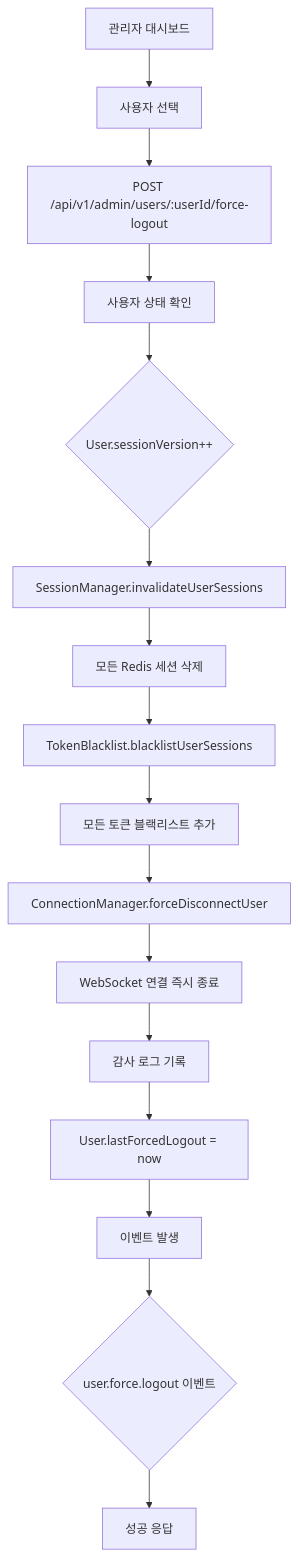
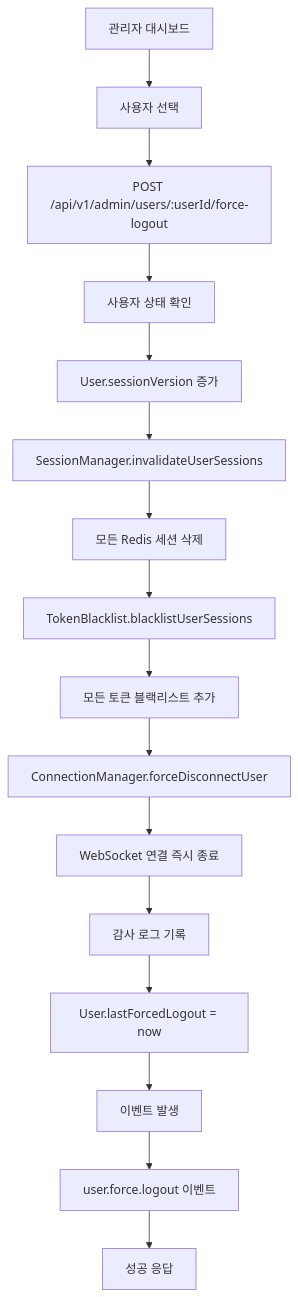
Diagram 17 of 34 in .md/flow.md (maximizest/connecto-nest), drawn with Mermaid before and after one commit. The commit also changed other lines of this file, not shown here.

Commit message:
API 문서 업데이트: 흐름 다이어그램에서 API 엔드포인트의 형식을 통일하여 가독성을 향상시키고, 각 요청의 경로를 명확히 수정함. 사용자 차단 및 강제 로그아웃 관련 흐름을 개선하여 문서의 일관성을 높임.

````diff
--- a/.md/flow.md
+++ b/.md/flow.md
@@ -673,25 +673,25 @@
 ```mermaid
 graph TD
     A[관리자 대시보드] --> B[사용자 선택]
-    B --> C["POST /api/v1/admin/users/:userId/force-logout"]
+    B --> C[POST /api/v1/admin/users/:userId/force-logout]
     
     C --> D[사용자 상태 확인]
-    D --> E{User.sessionVersion++}
+    D --> E[User.sessionVersion 증가]
     
     E --> F[SessionManager.invalidateUserSessions]
     F --> G[모든 Redis 세션 삭제]
     
     G --> H[TokenBlacklist.blacklistUserSessions]
     H --> I[모든 토큰 블랙리스트 추가]
     
     I --> J[ConnectionManager.forceDisconnectUser]
     J --> K[WebSocket 연결 즉시 종료]
     
     K --> L[감사 로그 기록]
     L --> M[User.lastForcedLogout = now]
     
     M --> N[이벤트 발생]
-    N --> O{user.force.logout 이벤트}
+    N --> O[user.force.logout 이벤트]
     
     O --> P[성공 응답]
 ```
````
